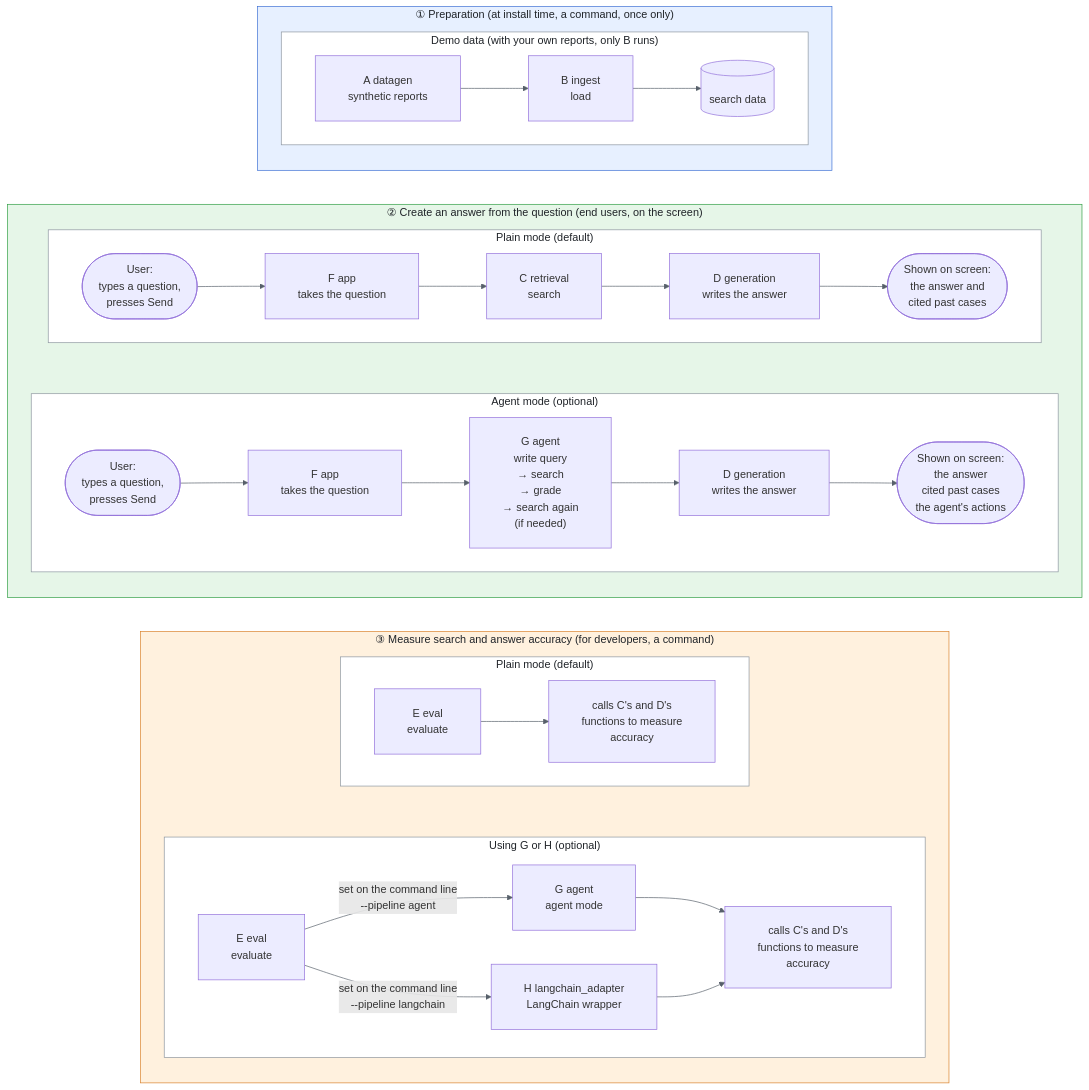
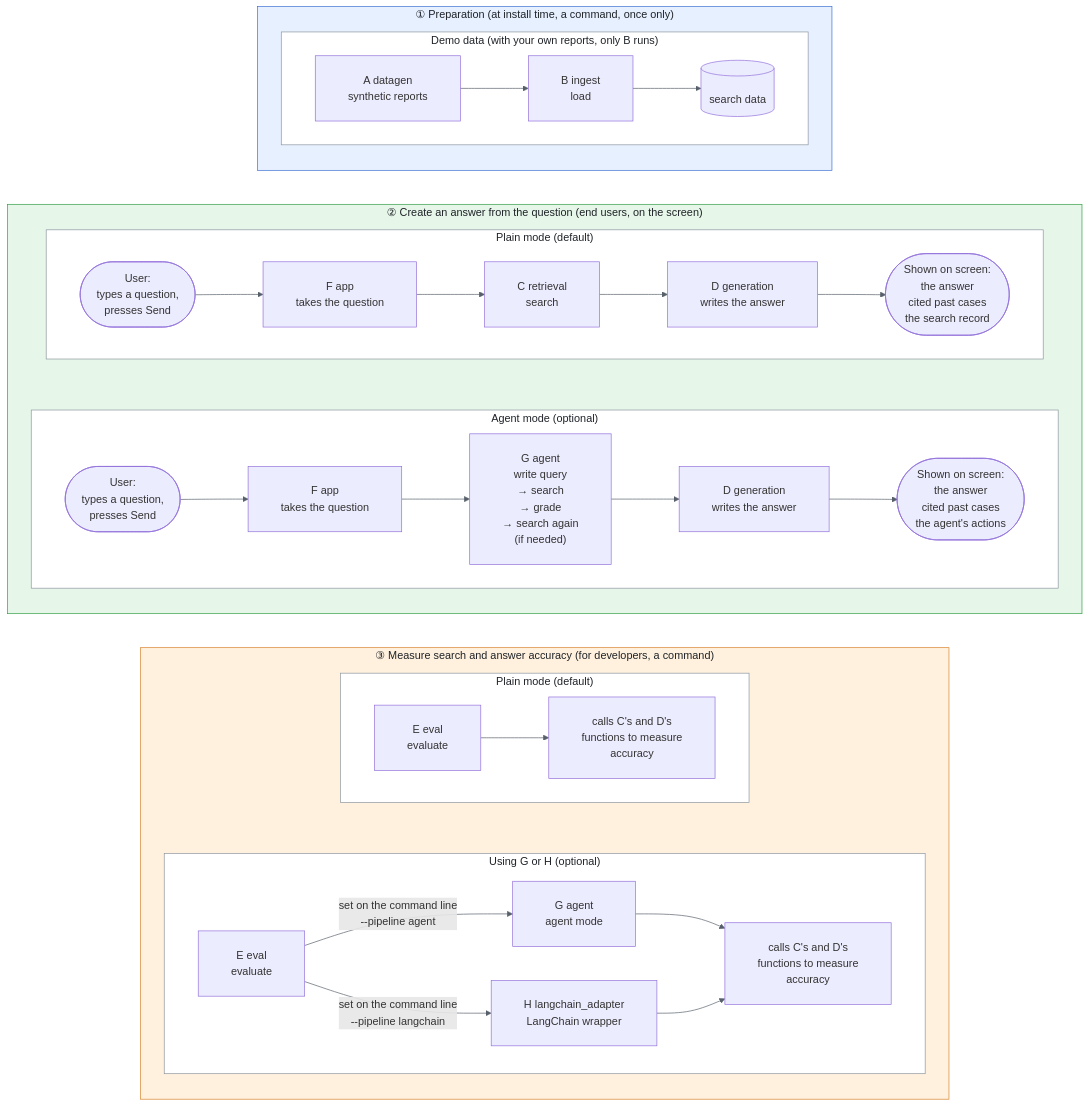
The diagram in README_en.md (satoshi-abe-dev/silo-rag), drawn with Mermaid before and after one commit. The commit also changed other lines of this file and 6 other files, not shown here.

First line of the commit message:
Show a search record in plain mode, and explain ChromaDB and key terms in the README

````diff
--- a/README_en.md
+++ b/README_en.md
@@ -166,46 +167,46 @@
 ```mermaid
 %%{init: {"flowchart": {"padding": 24, "wrappingWidth": 400}, "themeVariables": {"lineColor": "#57606a"}}}%%
 graph TB
     subgraph g1["① Preparation (at install time, a command, once only)"]
         direction TB
         subgraph prep["Demo data (with your own reports, only B runs)"]
             direction LR
             A["A datagen<br/>synthetic reports"] --> B["B ingest<br/>load"] --> DB[("search data")]
         end
     end
     subgraph g2["② Create an answer from the question (end users, on the screen)"]
         direction TB
         subgraph plain["Plain mode (default)"]
             direction LR
-            U1(["User:<br/>types a question,<br/>presses Send"]) --> F1["F app<br/>takes the question"] --> C1["C retrieval<br/>search"] --> D1["D generation<br/>writes the answer"] --> R1(["Shown on screen:<br/>the answer and<br/>cited past cases"])
+            U1(["User:<br/>types a question,<br/>presses Send"]) --> F1["F app<br/>takes the question"] --> C1["C retrieval<br/>search"] --> D1["D generation<br/>writes the answer"] --> R1(["Shown on screen:<br/>the answer<br/>cited past cases<br/>the search record"])
         end
         subgraph agent["Agent mode (optional)"]
             direction LR
             U2(["User:<br/>types a question,<br/>presses Send"]) --> F2["F app<br/>takes the question"] --> G["G agent<br/>write query<br/>→ search<br/>→ grade<br/>→ search again<br/>(if needed)"] --> D2["D generation<br/>writes the answer"] --> R2(["Shown on screen:<br/>the answer<br/>cited past cases<br/>the agent's actions"])
         end
         plain ~~~ agent
     end
     subgraph g3["③ Measure search and answer accuracy (for developers, a command)"]
         direction TB
         subgraph ev["Plain mode (default)"]
             direction LR
             E1["E eval<br/>evaluate"] --> CD1["calls C's and D's<br/>functions to measure<br/>accuracy"]
         end
         subgraph ev2["Using G or H (optional)"]
             direction LR
             E2["E eval<br/>evaluate"] -->|"set on the command line<br/>--pipeline agent"| G2["G agent<br/>agent mode"] --> CD2["calls C's and D's<br/>functions to measure<br/>accuracy"]
             E2 -->|"set on the command line<br/>--pipeline langchain"| H["H langchain_adapter<br/>LangChain wrapper"] --> CD2
         end
         ev ~~~ ev2
     end
     g1 ~~~ g2
     g2 ~~~ g3
     style g1 fill:#e7f0ff,stroke:#3b6fd4,color:#1f2328
     style g2 fill:#e6f6e8,stroke:#2f9e44,color:#1f2328
     style g3 fill:#fff1de,stroke:#d9822b,color:#1f2328
     style prep fill:#ffffff,stroke:#8c959f,color:#1f2328
     style plain fill:#ffffff,stroke:#8c959f,color:#1f2328
     style agent fill:#ffffff,stroke:#8c959f,color:#1f2328
     style ev fill:#ffffff,stroke:#8c959f,color:#1f2328
     style ev2 fill:#ffffff,stroke:#8c959f,color:#1f2328
 ```
````
